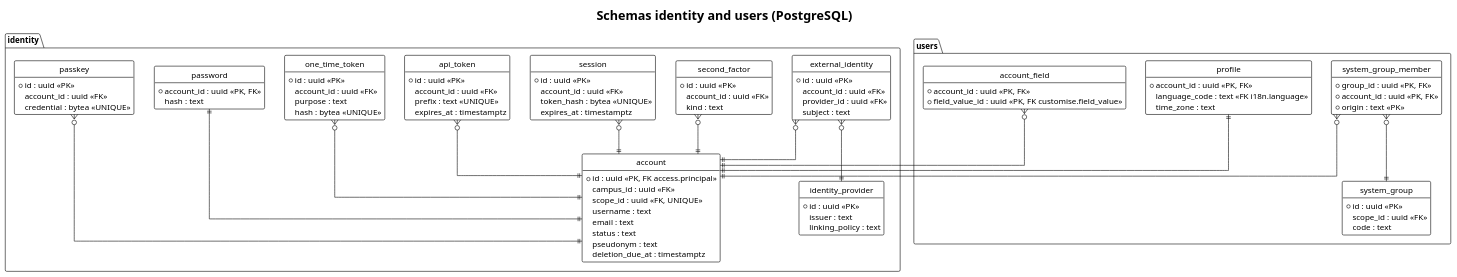
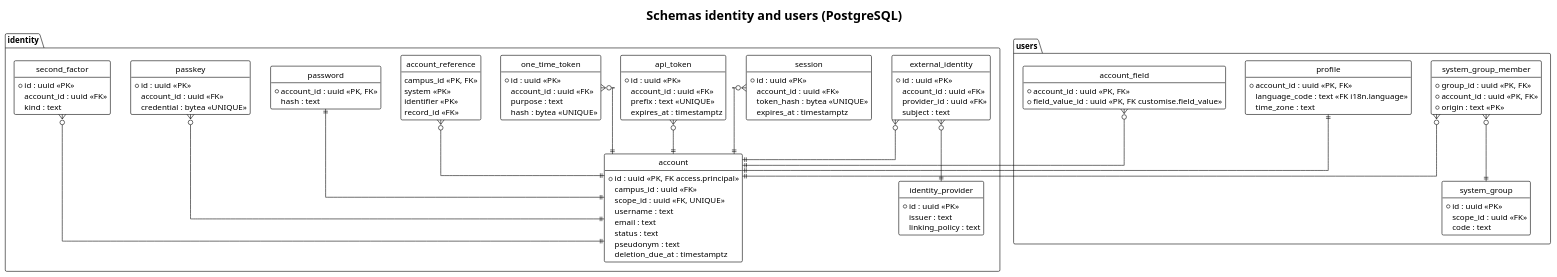
One commit to didactika/kampus changed the diagram in docs/03-design/data-model/identity.puml. Above: the diagram before and after it, drawn with PlantUML. The commit also changed 31 other files, not shown here.

```diff
--- a/docs/03-design/data-model/identity.puml
+++ b/docs/03-design/data-model/identity.puml
@@ -1,97 +1,104 @@
 @startuml
 !theme plain
 hide empty members
 hide circle
 skinparam linetype ortho
 title Schemas identity and users (PostgreSQL)
 
 package identity {
+  entity account_reference {
+    campus_id <<PK, FK>>
+    system <<PK>>
+    identifier <<PK>>
+    record_id <<FK>>
+  }
   entity account {
     * id : uuid <<PK, FK access.principal>>
     campus_id : uuid <<FK>>
     scope_id : uuid <<FK, UNIQUE>>
     username : text
     email : text
     status : text
     pseudonym : text
     deletion_due_at : timestamptz
   }
   entity password {
     * account_id : uuid <<PK, FK>>
     hash : text
   }
   entity passkey {
     * id : uuid <<PK>>
     account_id : uuid <<FK>>
     credential : bytea <<UNIQUE>>
   }
   entity identity_provider {
     * id : uuid <<PK>>
     issuer : text
     linking_policy : text
   }
   entity external_identity {
     * id : uuid <<PK>>
     account_id : uuid <<FK>>
     provider_id : uuid <<FK>>
     subject : text
   }
   entity second_factor {
     * id : uuid <<PK>>
     account_id : uuid <<FK>>
     kind : text
   }
   entity session {
     * id : uuid <<PK>>
     account_id : uuid <<FK>>
     token_hash : bytea <<UNIQUE>>
     expires_at : timestamptz
   }
   entity api_token {
     * id : uuid <<PK>>
     account_id : uuid <<FK>>
     prefix : text <<UNIQUE>>
     expires_at : timestamptz
   }
   entity one_time_token {
     * id : uuid <<PK>>
     account_id : uuid <<FK>>
     purpose : text
     hash : bytea <<UNIQUE>>
   }
 }
 package users {
   entity profile {
     * account_id : uuid <<PK, FK>>
     language_code : text <<FK i18n.language>>
     time_zone : text
   }
   entity account_field {
     * account_id : uuid <<PK, FK>>
     * field_value_id : uuid <<PK, FK customise.field_value>>
   }
   entity system_group {
     * id : uuid <<PK>>
     scope_id : uuid <<FK>>
     code : text
   }
   entity system_group_member {
     * group_id : uuid <<PK, FK>>
     * account_id : uuid <<PK, FK>>
     * origin : text <<PK>>
   }
 }
 
 password ||--|| account
 passkey }o--|| account
 external_identity }o--|| account
 external_identity }o--|| identity_provider
 second_factor }o--|| account
 session }o--|| account
 api_token }o--|| account
 one_time_token }o--|| account
 profile ||--|| account
 account_field }o--|| account
 system_group_member }o--|| system_group
 system_group_member }o--|| account
+account_reference }o--|| account
 @enduml
```
